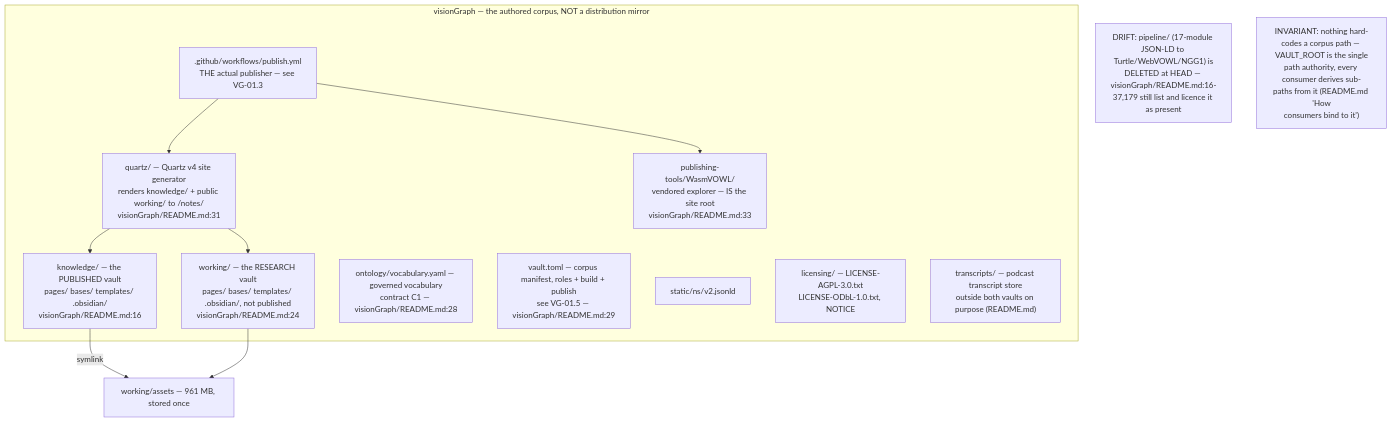
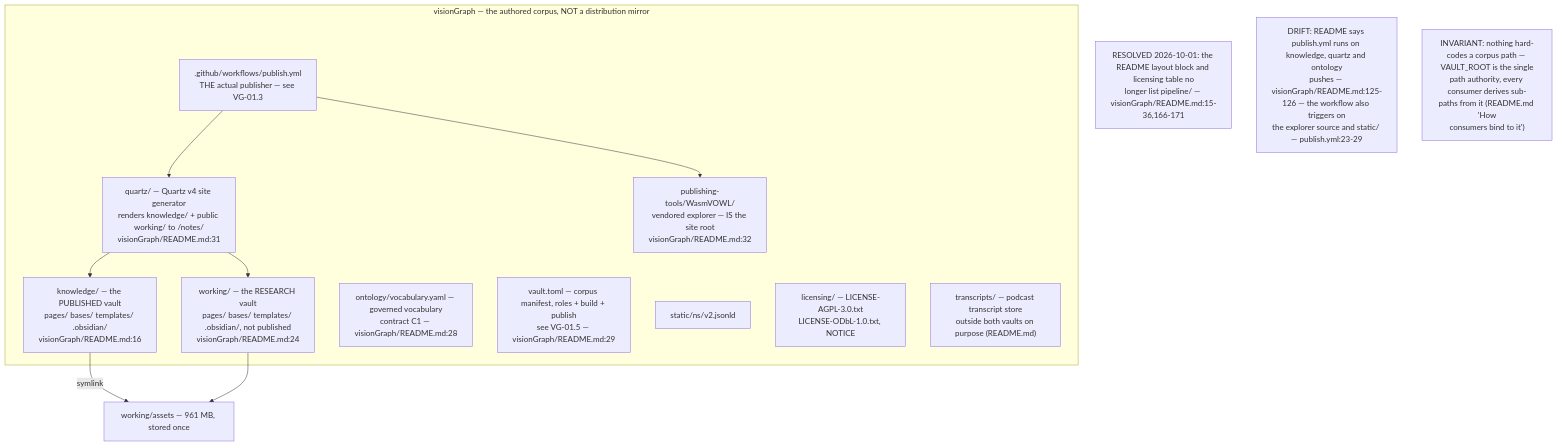
One commit to DreamLab-AI/VisionFlow changed the first of 6 diagrams in docs/diagrams/visiongraph/01-vault-structure-and-contract.md. Above: the diagram before and after it, drawn with Mermaid. The commit also changed other lines of this file and 94 other files, not shown here.

First line of the commit message:
docs(diagrams): re-verify 130 topics against 2 October HEADs

````diff
--- a/docs/diagrams/visiongraph/01-vault-structure-and-contract.md
+++ b/docs/diagrams/visiongraph/01-vault-structure-and-contract.md
@@ -34,23 +38,24 @@
 ```mermaid
 flowchart TB
     subgraph REPO["visionGraph — the authored corpus, NOT a distribution mirror"]
         KV["knowledge/ — the PUBLISHED vault<br/>pages/ bases/ templates/ .obsidian/<br/>visionGraph/README.md:16"]
         WV["working/ — the RESEARCH vault<br/>pages/ bases/ templates/ .obsidian/, not published<br/>visionGraph/README.md:24"]
         ONT["ontology/vocabulary.yaml — governed vocabulary<br/>contract C1 — visionGraph/README.md:28"]
         VTOML["vault.toml — corpus manifest, roles + build + publish<br/>see VG-01.5 — visionGraph/README.md:29"]
         QRTZ["quartz/ — Quartz v4 site generator<br/>renders knowledge/ + public working/ to #47;notes#47;<br/>visionGraph/README.md:31"]
-        PUBTOOLS["publishing-tools/WasmVOWL/<br/>vendored explorer — IS the site root<br/>visionGraph/README.md:33"]
+        PUBTOOLS["publishing-tools/WasmVOWL/<br/>vendored explorer — IS the site root<br/>visionGraph/README.md:32"]
         STATIC["static/ns/v2.jsonld"]
         LIC["licensing/ — LICENSE-AGPL-3.0.txt<br/>LICENSE-ODbL-1.0.txt, NOTICE"]
         TRANS["transcripts/ — podcast transcript store<br/>outside both vaults on purpose #40;README.md#41;"]
         GH[".github/workflows/publish.yml<br/>THE actual publisher — see VG-01.3"]
     end
     KV -->|"symlink"| ASSETS["working/assets — 961 MB, stored once"]
     WV --> ASSETS
     GH --> QRTZ
     GH --> PUBTOOLS
     QRTZ --> KV
     QRTZ --> WV
-    note1["DRIFT: pipeline#47; #40;17-module JSON-LD to Turtle#47;WebVOWL#47;NGG1#41; is<br/>DELETED at HEAD — visionGraph/README.md:16-37,179 still list and licence it as present"]
+    note1["RESOLVED 2026-10-01: the README layout block and licensing table no<br/>longer list pipeline#47; — visionGraph/README.md:15-36,166-171"]
+    note3["DRIFT: README says publish.yml runs on knowledge, quartz and ontology<br/>pushes — visionGraph/README.md:125-126 — the workflow also triggers on<br/>the explorer source and static#47; — publish.yml:23-29"]
     note2["INVARIANT: nothing hard-codes a corpus path — VAULT_ROOT is the single<br/>path authority, every consumer derives sub-paths from it #40;README.md 'How<br/>consumers bind to it'#41;"]
 ```
````
